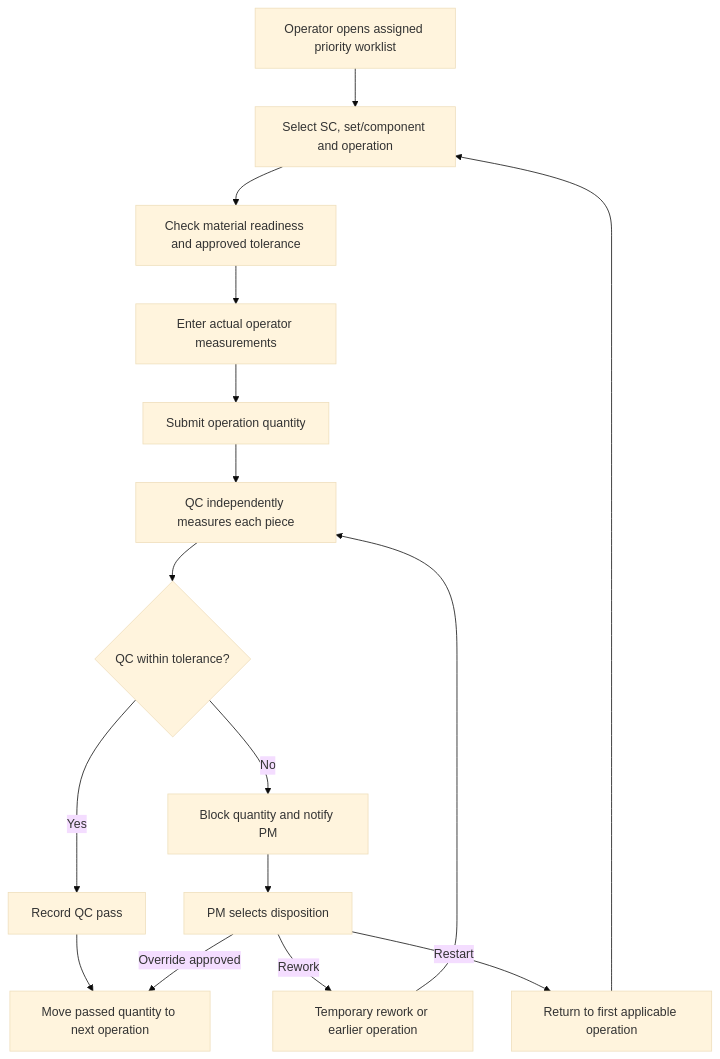
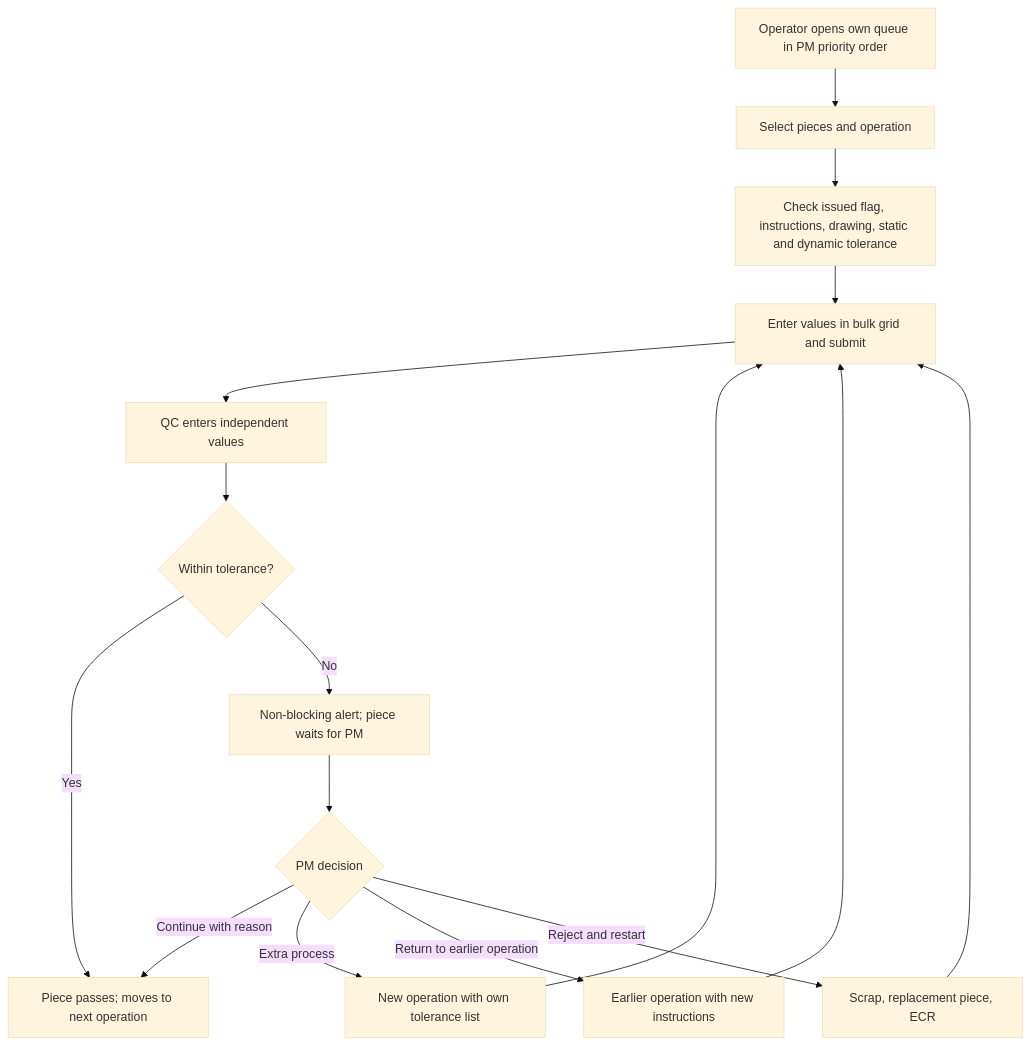
Before and after one commit to poairtronic/velan-production: the third of 8 diagrams in docs/phase-1/07_Workflow_Diagrams.md, drawn with Mermaid (base theme). The commit also changed other lines of this file, not shown here.

Commit message:
docs: update 07_Workflow_Diagrams.md per decision log 2026-11-24

````diff
--- a/docs/phase-1/07_Workflow_Diagrams.md
+++ b/docs/phase-1/07_Workflow_Diagrams.md
@@ -44,18 +50,18 @@
 ```mermaid
 flowchart TD
- A[Operator opens assigned priority worklist] --> B[Select SC, set/component and operation]
- B --> C[Check material readiness and approved tolerance]
- C --> D[Enter actual operator measurements]
- D --> E[Submit operation quantity]
- E --> F[QC independently measures each piece]
- F --> G{QC within tolerance?}
- G -->|Yes| H[Record QC pass]
- H --> I[Move passed quantity to next operation]
- G -->|No| J[Block quantity and notify PM]
- J --> K[PM selects disposition]
- K -->|Rework| L[Temporary rework or earlier operation]
- K -->|Restart| M[Return to first applicable operation]
- K -->|Override approved| I
- L --> F
- M --> B
+  A["Operator opens own queue in PM priority order"] --> B["Select pieces and operation"]
+  B --> C["Check issued flag, instructions, drawing, static and dynamic tolerance"]
+  C --> D["Enter values in bulk grid and submit"]
+  D --> E["QC enters independent values"]
+  E --> F{"Within tolerance?"}
+  F -->|Yes| G["Piece passes; moves to next operation"]
+  F -->|No| H["Non-blocking alert; piece waits for PM"]
+  H --> I{"PM decision"}
+  I -->|"Continue with reason"| G
+  I -->|"Extra process"| J["New operation with own tolerance list"]
+  I -->|"Return to earlier operation"| K["Earlier operation with new instructions"]
+  I -->|"Reject and restart"| L["Scrap, replacement piece, ECR"]
+  J --> D
+  K --> D
+  L --> D
 ```
````
